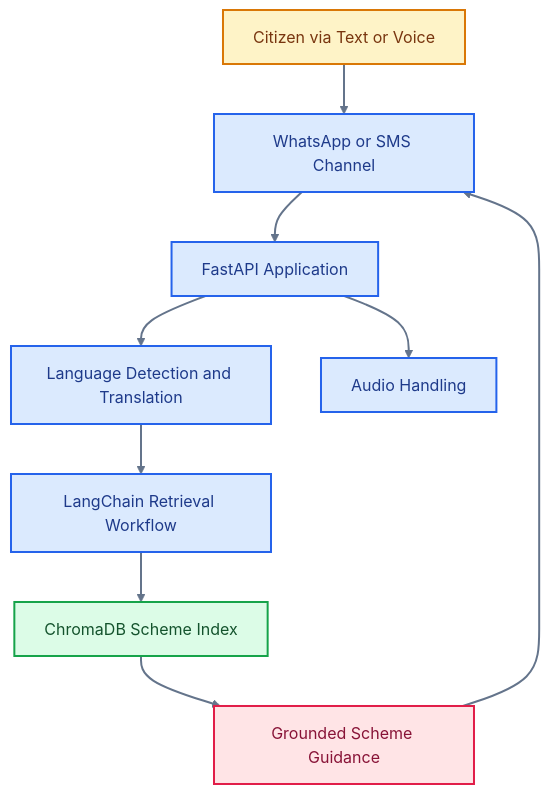
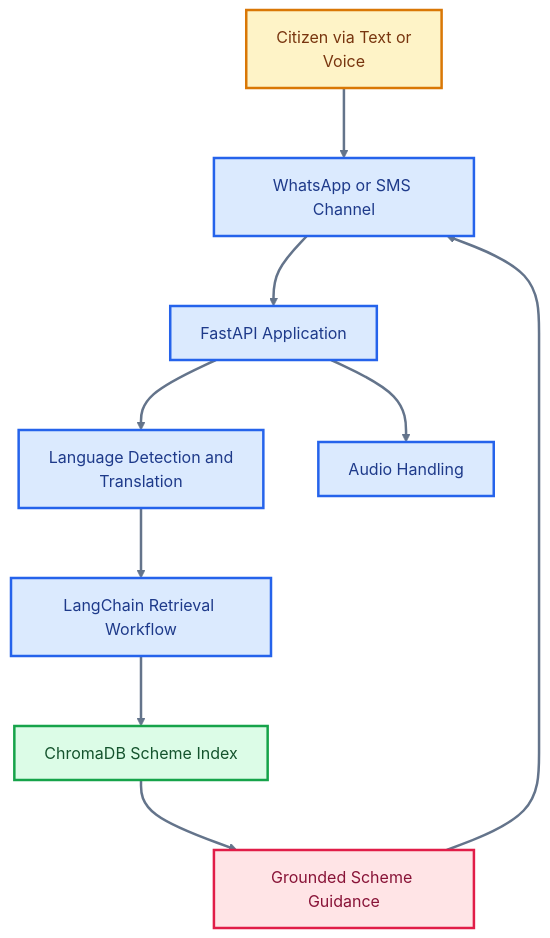
Before and after one commit to skx56/AI-Based-Multilingual-Chatbot-for-Welfare-Scheme-Awareness: the diagram in README.md, drawn with Mermaid.

Commit message:
Make README architecture diagram vertical

````diff
--- a/README.md
+++ b/README.md
@@ -31,22 +31,23 @@
 ```mermaid
+%%{init: {"flowchart": {"nodeSpacing": 55, "rankSpacing": 70, "curve": "basis"}, "themeVariables": {"fontSize": "16px", "fontFamily": "Inter, ui-sans-serif, system-ui, -apple-system, BlinkMacSystemFont, Segoe UI, sans-serif"}}}%%
 flowchart TD
-  User["Citizen via Text or Voice"] --> Channel["WhatsApp or SMS Channel"]
+  User["Citizen via Text or<br/>Voice"] --> Channel["WhatsApp or SMS Channel"]
   Channel --> API["FastAPI Application"]
-  API --> Language["Language Detection and Translation"]
+  API --> Language["Language Detection and<br/>Translation"]
   API --> Audio["Audio Handling"]
   Language --> Retrieval["LangChain Retrieval Workflow"]
   Retrieval --> VectorDB["ChromaDB Scheme Index"]
   VectorDB --> Response["Grounded Scheme Guidance"]
   Response --> Channel
 
-  classDef inputs fill:#FEF3C7,stroke:#D97706,color:#78350F,stroke-width:2px;
-  classDef process fill:#DBEAFE,stroke:#2563EB,color:#1E3A8A,stroke-width:2px;
-  classDef data fill:#DCFCE7,stroke:#16A34A,color:#14532D,stroke-width:2px;
-  classDef agent fill:#F3E8FF,stroke:#9333EA,color:#581C87,stroke-width:2px;
-  classDef output fill:#FFE4E6,stroke:#E11D48,color:#881337,stroke-width:2px;
+  classDef inputs fill:#FEF3C7,stroke:#D97706,color:#78350F,stroke-width:2.5px;
+  classDef process fill:#DBEAFE,stroke:#2563EB,color:#1E3A8A,stroke-width:2.5px;
+  classDef data fill:#DCFCE7,stroke:#16A34A,color:#14532D,stroke-width:2.5px;
+  classDef agent fill:#F3E8FF,stroke:#9333EA,color:#581C87,stroke-width:2.5px;
+  classDef output fill:#FFE4E6,stroke:#E11D48,color:#881337,stroke-width:2.5px;
   class User inputs;
   class Channel,API,Language,Audio,Retrieval process;
   class VectorDB data;
   class Response output;
-  linkStyle default stroke:#64748B,stroke-width:2px;
+  linkStyle default stroke:#64748B,stroke-width:2.5px;
 ```
````
